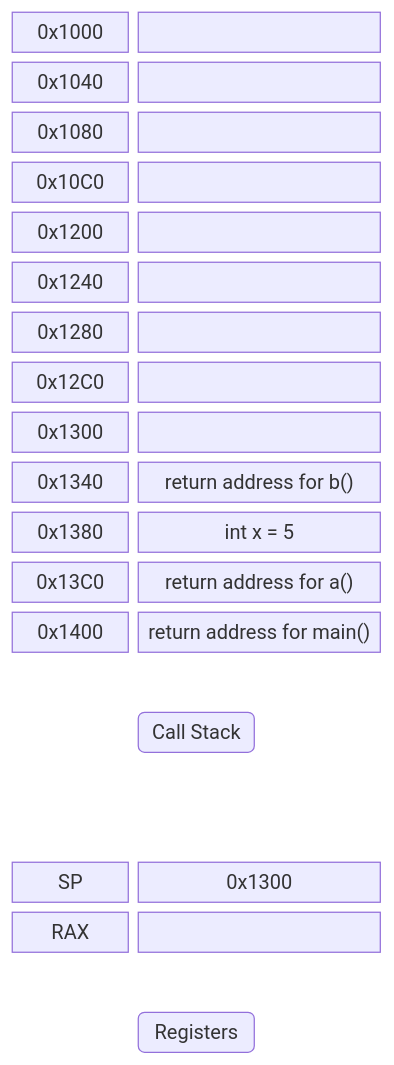
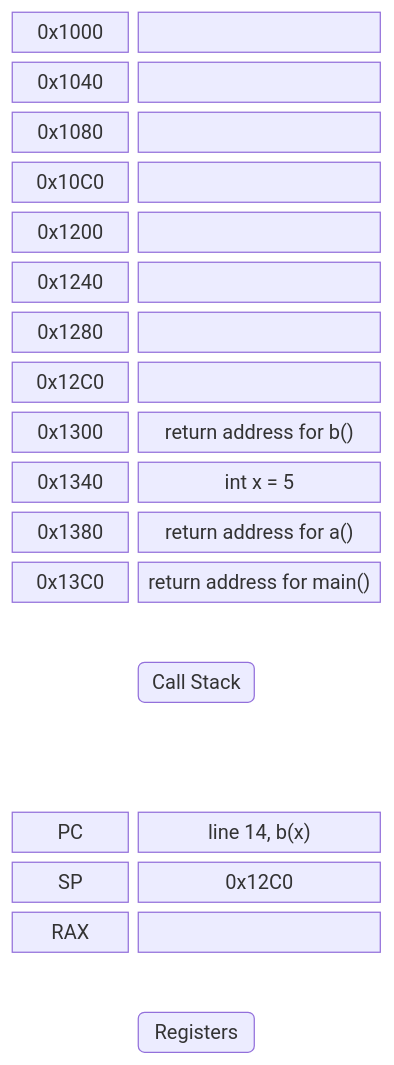
Before and after one commit to GlennVL-AP/cpp-programming-slides: the sixth of 19 diagrams in slides/session_6/index.md, drawn with Mermaid. The commit also changed other lines of this file, not shown here.

````diff
--- a/slides/session_6/index.md
+++ b/slides/session_6/index.md
@@ -896,40 +992,40 @@
 ```mermaid
 block-beta
   columns 3
   addr1["0x1000"]:1
   frame1[" "]:2
   addr2["0x1040"]:1
   frame2[" "]:2
   addr3["0x1080"]:1
   frame3[" "]:2
   addr4["0x10C0"]:1
   frame4[" "]:2
   addr5["0x1200"]:1
   frame5[" "]:2
   addr6["0x1240"]:1
   frame6[" "]:2
   addr7["0x1280"]:1
   frame7[" "]:2
   addr8["0x12C0"]:1
   frame8[" "]:2
   addr9["0x1300"]:1
-  frame9[" "]:2
+  frame9["return address for b()"]:2
   addr10["0x1340"]:1
-  frame10["return address for b()"]:2
+  frame10["int x = 5"]:2
   addr11["0x1380"]:1
-  frame11["int x = 5"]:2
+  frame11["return address for a()"]:2
   addr12["0x13C0"]:1
-  frame12["return address for a()"]:2
-  addr13["0x1400"]:1
-  frame13["return address for main()"]:2
+  frame12["return address for main()"]:2
   space:3
   space callstack("Call Stack") space
   space:3
   space:3
-  reg1["SP"]:1
-  regval1["0x1300"]:2
-  reg2["RAX"]:1
-  regval2[" "]:2
+  reg1["PC"]:1
+  regval1["line 14, b(x)"]:2
+  reg2["SP"]:1
+  regval2["0x12C0"]:2
+  reg3["RAX"]:1
+  regval3[" "]:2
   space:3
   space registers("Registers") space
 ```
````
